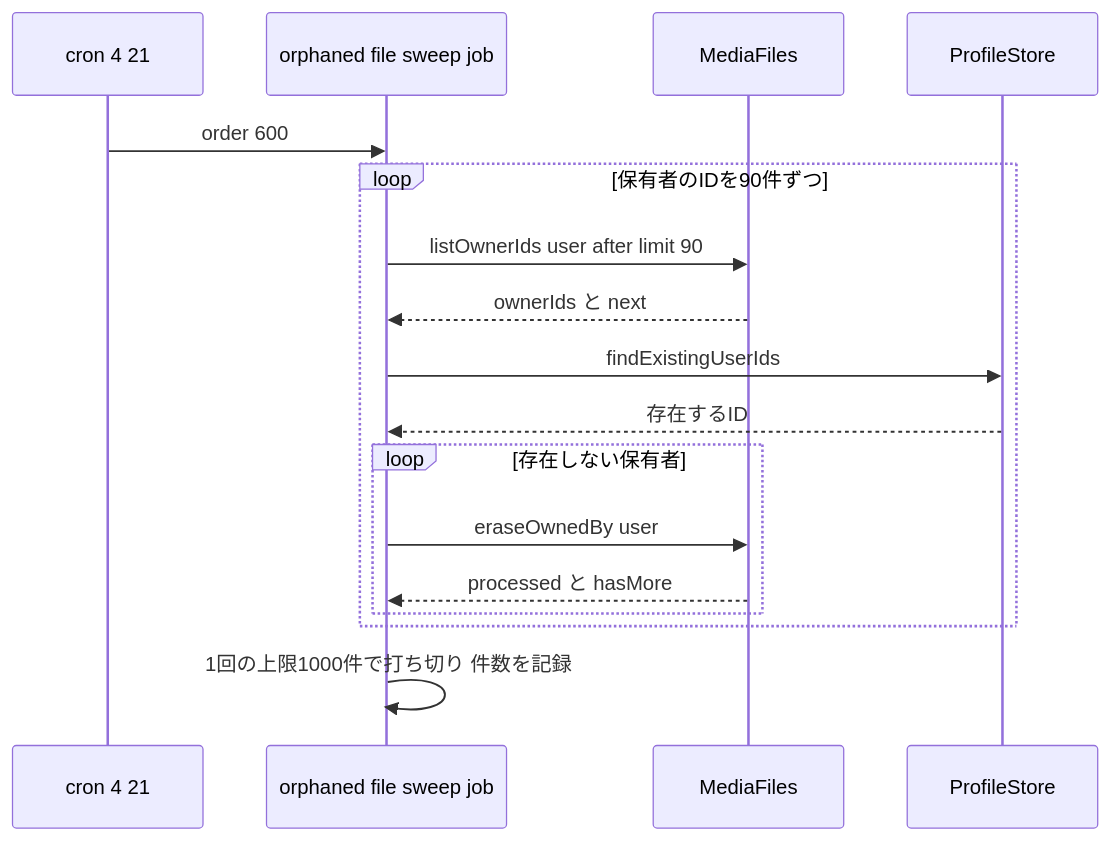
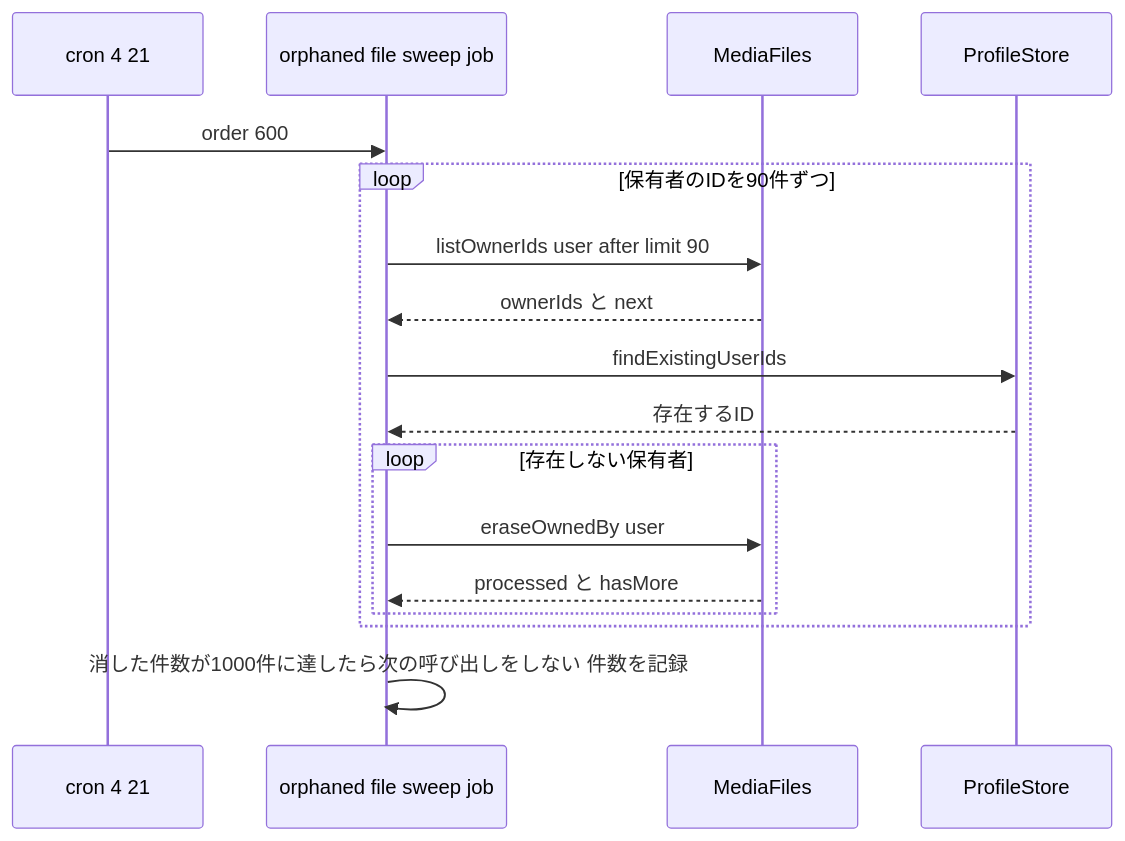
One commit to kurachiweb/genai-example-2-launch-platform changed the fifth of 5 diagrams in .kiro/specs/user-profile-social/design.md. Above: the diagram before and after it, drawn with Mermaid. The commit also changed other lines of this file, not shown here.

````diff
--- a/.kiro/specs/user-profile-social/design.md
+++ b/.kiro/specs/user-profile-social/design.md
@@ -409,19 +419,19 @@
 ```mermaid
 sequenceDiagram
     participant C as cron 4 21
     participant J as orphaned file sweep job
     participant M as MediaFiles
     participant S as ProfileStore
     C->>J: order 600
     loop 保有者のIDを90件ずつ
         J->>M: listOwnerIds user after limit 90
         M-->>J: ownerIds と next
         J->>S: findExistingUserIds
         S-->>J: 存在するID
         loop 存在しない保有者
             J->>M: eraseOwnedBy user
             M-->>J: processed と hasMore
         end
     end
-    J->>J: 1回の上限1000件で打ち切り 件数を記録
+    J->>J: 消した件数が1000件に達したら次の呼び出しをしない 件数を記録
 ```
````
